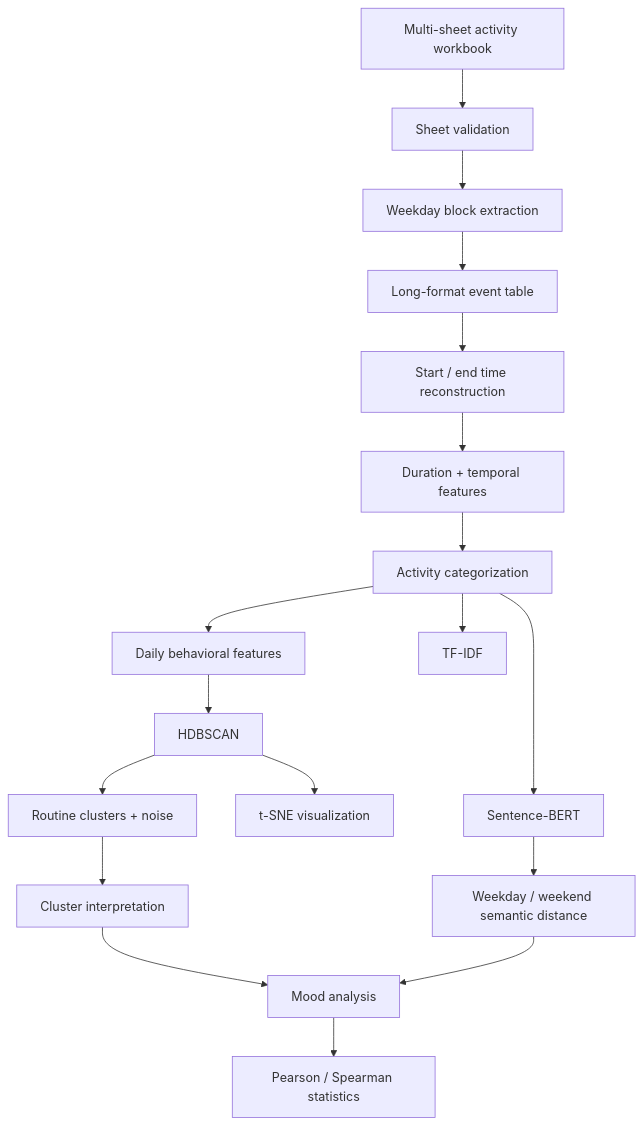
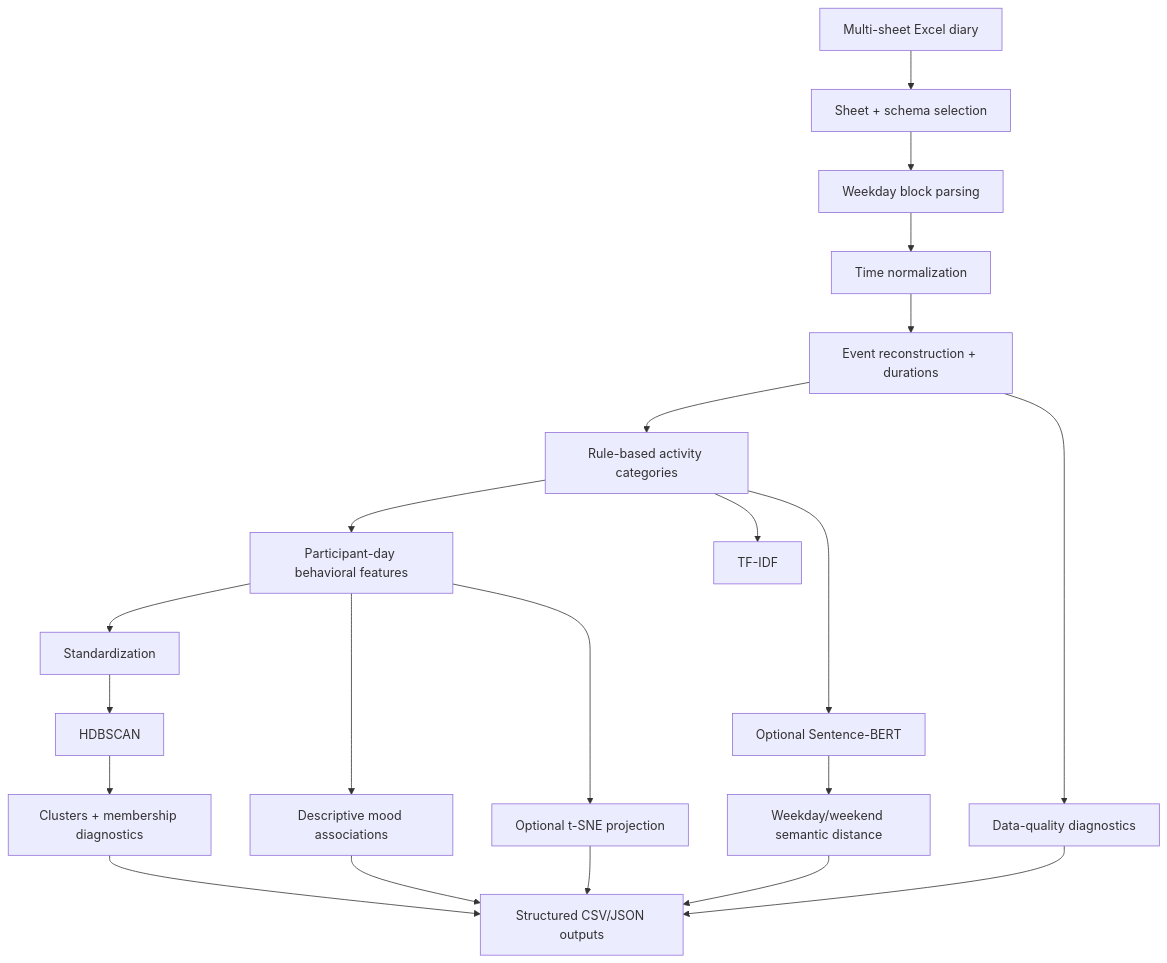
Before and after one commit to PerpsAkach/student-routines-mood-clustering: the diagram in README.md, drawn with Mermaid. The commit also changed other lines of this file, not shown here.

Commit message:
Align README with verified behavioral analytics implementation

````diff
--- a/README.md
+++ b/README.md
@@ -27,20 +38,23 @@
 ```mermaid
 flowchart TD
-    A[Multi-sheet activity workbook] --> B[Sheet validation]
-    B --> C[Weekday block extraction]
-    C --> D[Long-format event table]
-    D --> E[Start / end time reconstruction]
-    E --> F[Duration + temporal features]
-    F --> G[Activity categorization]
-    G --> H[Daily behavioral features]
-    G --> I[TF-IDF]
-    G --> J[Sentence-BERT]
-    H --> K[HDBSCAN]
-    K --> L[Routine clusters + noise]
-    L --> M[Cluster interpretation]
-    J --> N[Weekday / weekend semantic distance]
-    M --> O[Mood analysis]
-    N --> O
-    O --> P[Pearson / Spearman statistics]
-    K --> Q[t-SNE visualization]
+    A[Multi-sheet Excel diary] --> B[Sheet + schema selection]
+    B --> C[Weekday block parsing]
+    C --> D[Time normalization]
+    D --> E[Event reconstruction + durations]
+    E --> F[Rule-based activity categories]
+    F --> G[Participant-day behavioral features]
+    G --> H[Standardization]
+    H --> I[HDBSCAN]
+    I --> J[Clusters + membership diagnostics]
+    F --> K[TF-IDF]
+    F --> L[Optional Sentence-BERT]
+    L --> M[Weekday/weekend semantic distance]
+    G --> N[Descriptive mood associations]
+    G --> O[Optional t-SNE projection]
+    E --> P[Data-quality diagnostics]
+    J --> Q[Structured CSV/JSON outputs]
+    M --> Q
+    N --> Q
+    O --> Q
+    P --> Q
 ```
````
